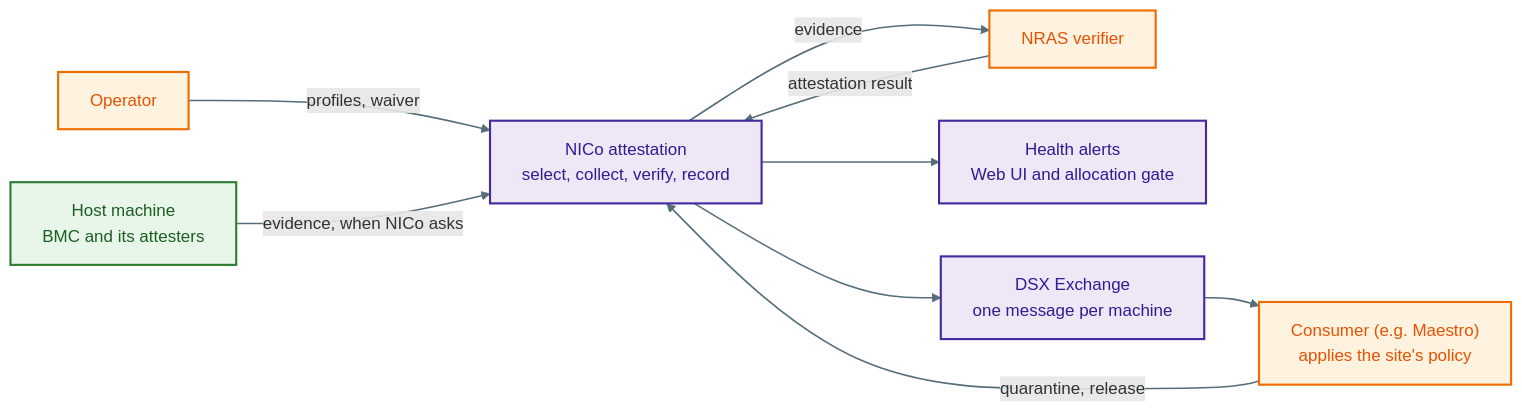
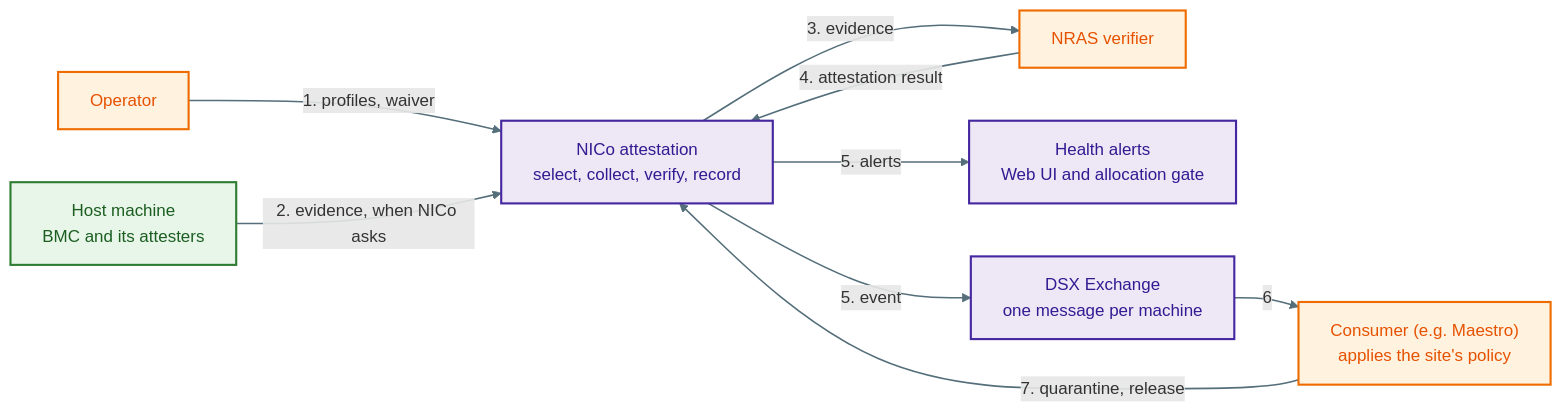
One commit to prbinu-nvidia/ncx-infra-controller-core changed the first of 2 diagrams in docs/design/attestation/attestation-health-alerts.md. Above: the diagram before and after it, drawn with Mermaid. The commit also changed other lines of this file, not shown here.

Commit message:
docs: rebase attestation health alerts onto #7664 and restructure

````diff
--- a/docs/design/attestation/attestation-health-alerts.md
+++ b/docs/design/attestation/attestation-health-alerts.md
@@ -49,29 +47,29 @@
 ```mermaid
 flowchart LR
   OP["Operator"]
   HOST["Host machine<br/>BMC and its attesters"]
   NICO["NICo attestation<br/>select, collect, verify, record"]
   VER["NRAS verifier"]
   HEALTH["Health alerts<br/>Web UI and allocation gate"]
   BUS["DSX Exchange<br/>one message per machine"]
   CONS["Consumer (e.g. Maestro)<br/>applies the site's policy"]
 
-  OP -->|"profiles, waiver"| NICO
-  HOST -->|"evidence, when NICo asks"| NICO
-  NICO -->|"evidence"| VER
-  VER -->|"attestation result"| NICO
-  NICO --> HEALTH
-  NICO --> BUS
-  BUS --> CONS
-  CONS -->|"quarantine, release"| NICO
+  OP -->|"1. profiles, waiver"| NICO
+  HOST -->|"2. evidence, when NICo asks"| NICO
+  NICO -->|"3. evidence"| VER
+  VER -->|"4. attestation result"| NICO
+  NICO -->|"5. alerts"| HEALTH
+  NICO -->|"5. event"| BUS
+  BUS -->|"6"| CONS
+  CONS -->|"7. quarantine, release"| NICO
 
   classDef hw stroke:#2e7d32,stroke-width:2px,fill:#e8f5e9,color:#1b5e20
   classDef core stroke:#4527a0,stroke-width:2px,fill:#ede7f6,color:#311b92
   classDef ext stroke:#ef6c00,stroke-width:2px,fill:#fff3e0,color:#e65100
 
   class HOST hw
   class NICO,HEALTH,BUS core
   class OP,VER,CONS ext
 
   linkStyle default stroke:#546e7a,stroke-width:1.5px
 ```
````
